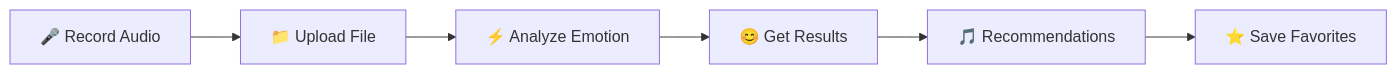
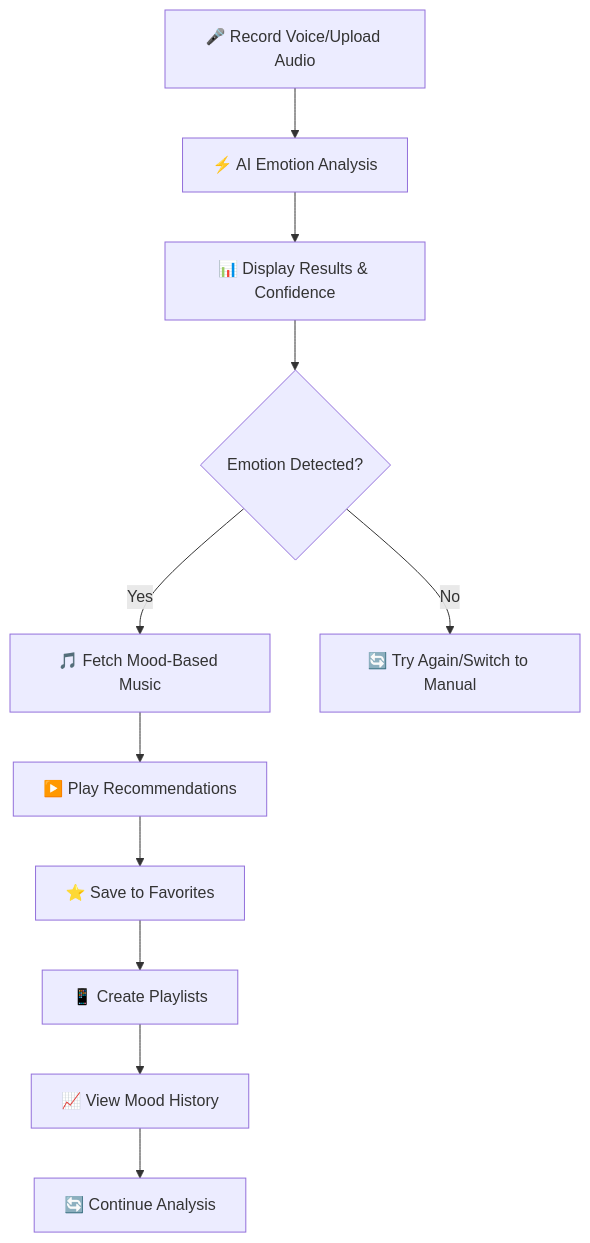
One commit to vishaltaskar16/MoodBeats changed the diagram in README.markdown. Above: the diagram before and after it, drawn with Mermaid. The commit also changed other lines of this file, not shown here.

````diff
--- a/README.markdown
+++ b/README.markdown
@@ -233,8 +281,13 @@
 ```mermaid
-graph LR
-    A[🎤 Record Audio] --> B[📁 Upload File]
-    B --> C[⚡ Analyze Emotion]
-    C --> D[😊 Get Results]
-    D --> E[🎵 Recommendations]
-    E --> F[⭐ Save Favorites]
+graph TD
+    A[🎤 Record Voice/Upload Audio] --> B[⚡ AI Emotion Analysis]
+    B --> C[📊 Display Results & Confidence]
+    C --> D{Emotion Detected?}
+    D -->|Yes| E[🎵 Fetch Mood-Based Music]
+    D -->|No| F[🔄 Try Again/Switch to Manual]
+    E --> G[▶️ Play Recommendations]
+    G --> H[⭐ Save to Favorites]
+    H --> I[📱 Create Playlists]
+    I --> J[📈 View Mood History]
+    J --> K[🔄 Continue Analysis]
 ```
````
